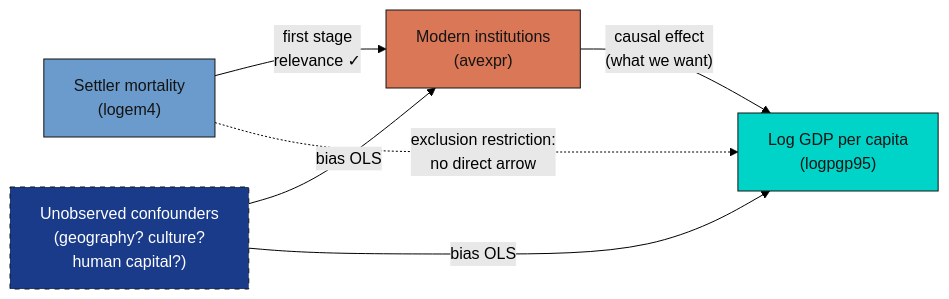
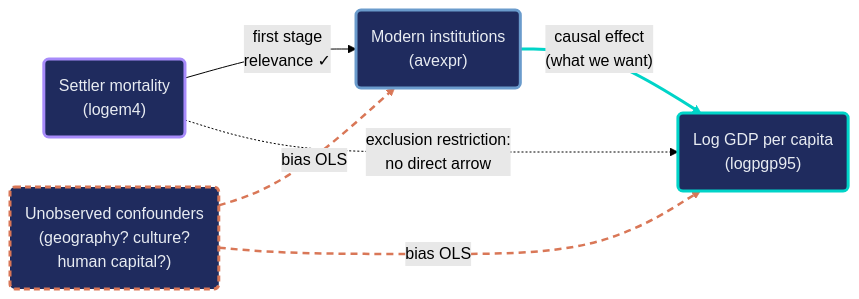
The diagram in content/post/python_iv/index.md (cmg777/starter-academic-v501), drawn with Mermaid (forest theme) before and after one commit. The commit also changed other lines of this file and 16 other files, not shown here.

First line of the commit message:
content(mermaid): restyle flowcharts in Python posts, batch 1 of 2

````diff
--- a/content/post/python_iv/index.md
+++ b/content/post/python_iv/index.md
@@ -81,18 +81,25 @@
 ```mermaid
 flowchart LR
-    Z["Settler mortality<br/>(logem4)"]
-    X["Modern institutions<br/>(avexpr)"]
-    Y["Log GDP per capita<br/>(logpgp95)"]
-    U["Unobserved confounders<br/>(geography? culture?<br/>human capital?)"]
+    Z("Settler mortality<br/>(logem4)")
+    X("Modern institutions<br/>(avexpr)")
+    Y("Log GDP per capita<br/>(logpgp95)")
+    U("Unobserved confounders<br/>(geography? culture?<br/>human capital?)")
 
     Z -->|"first stage<br/>relevance ✓"| X
     X -->|"causal effect<br/>(what we want)"| Y
     U -->|"bias OLS"| X
     U -->|"bias OLS"| Y
     Z -.->|"exclusion restriction:<br/>no direct arrow"| Y
-
-    style Z fill:#6a9bcc,stroke:#141413,color:#141413
-    style X fill:#d97757,stroke:#141413,color:#141413
-    style Y fill:#00d4c8,stroke:#141413,color:#141413
-    style U fill:#1a3a8a,stroke:#141413,color:#fff,stroke-dasharray: 5 5
+    classDef blue fill:#1f2b5e,stroke:#6a9bcc,stroke-width:3px,color:#e8ecf2
+    classDef orange fill:#1f2b5e,stroke:#d97757,stroke-width:3px,color:#e8ecf2
+    classDef teal fill:#1f2b5e,stroke:#00d4c8,stroke-width:3px,color:#e8ecf2
+    classDef key_dash fill:#1f2b5e,stroke:#e8ecf2,stroke-width:3px,color:#e8ecf2,stroke-dasharray:6 4
+    classDef violet fill:#1f2b5e,stroke:#a78bfa,stroke-width:3px,color:#e8ecf2
+    classDef orange_dash fill:#1f2b5e,stroke:#d97757,stroke-width:3px,color:#e8ecf2,stroke-dasharray:6 4
+    class Z violet
+    class X blue
+    class Y teal
+    class U orange_dash
+    linkStyle 1 stroke:#00d4c8,stroke-width:3px
+    linkStyle 2,3 stroke:#d97757,stroke-width:2.5px,stroke-dasharray:7 5
 ```
````
